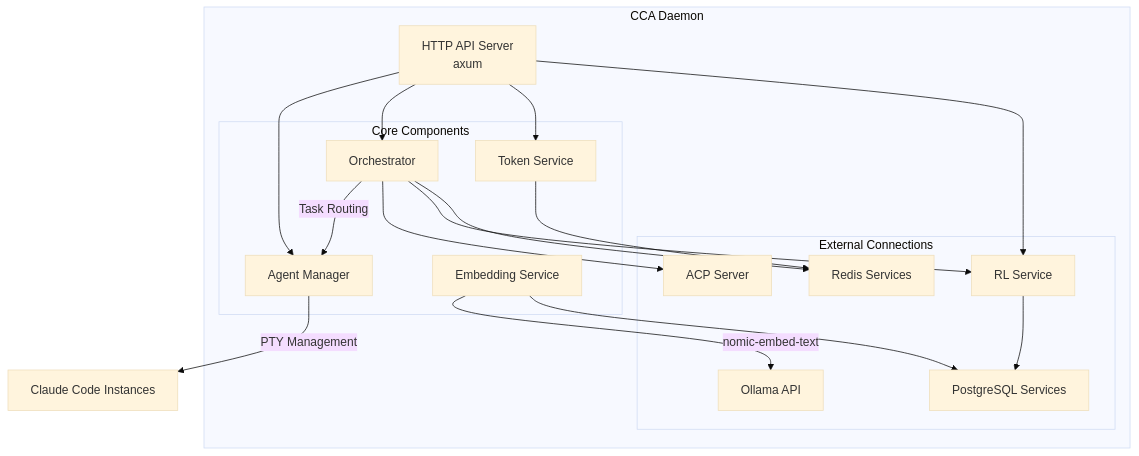
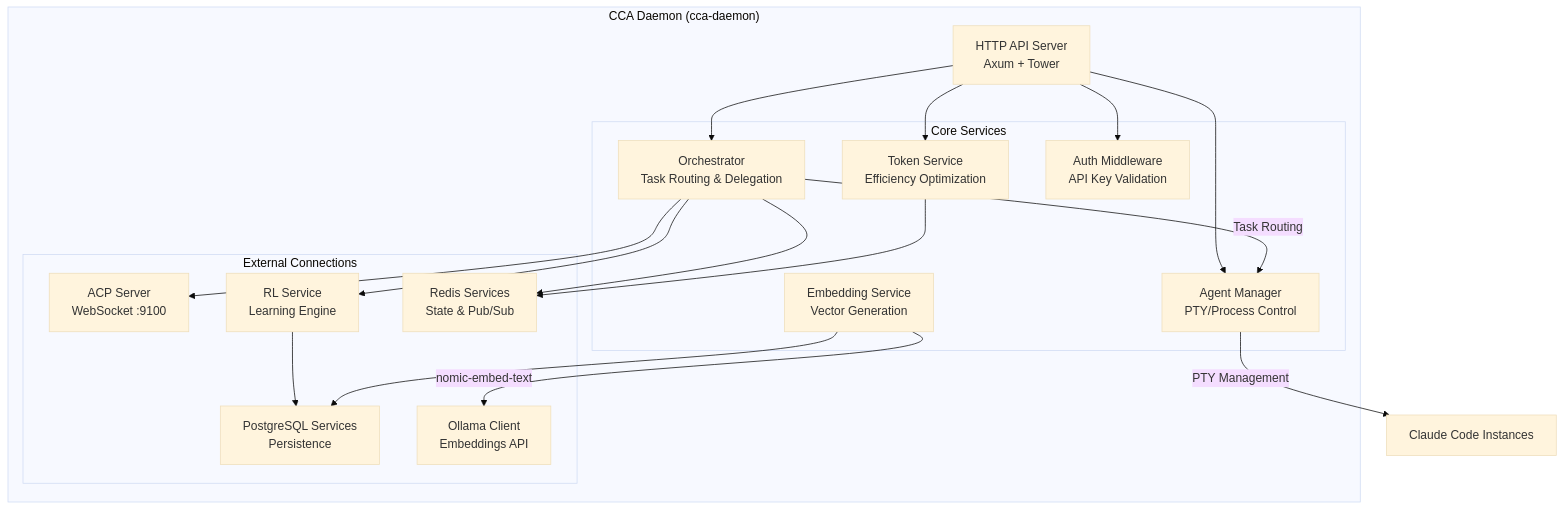
One commit to mjhcompany/cca changed the third of 19 diagrams in docs/architecture.md. Above: the diagram before and after it, drawn with Mermaid (base theme). The commit also changed other lines of this file and 43 other files, not shown here.

````diff
--- a/docs/architecture.md
+++ b/docs/architecture.md
@@ -67,37 +161,38 @@
 ```mermaid
 graph TB
-    subgraph "CCA Daemon"
-        HTTP[HTTP API Server<br/>axum]
+    subgraph "CCA Daemon (cca-daemon)"
+        HTTP[HTTP API Server<br/>Axum + Tower]
 
-        subgraph "Core Components"
-            AM[Agent Manager]
-            Orch[Orchestrator]
-            TS[Token Service]
-            ES[Embedding Service]
+        subgraph "Core Services"
+            AM[Agent Manager<br/>PTY/Process Control]
+            Orch[Orchestrator<br/>Task Routing & Delegation]
+            TS[Token Service<br/>Efficiency Optimization]
+            ES[Embedding Service<br/>Vector Generation]
+            Auth[Auth Middleware<br/>API Key Validation]
         end
 
         subgraph "External Connections"
-            ACP[ACP Server]
-            RLS[RL Service]
-            REDIS[Redis Services]
-            PGS[PostgreSQL Services]
-            OLL[Ollama API]
+            ACPS[ACP Server<br/>WebSocket :9100]
+            RLS[RL Service<br/>Learning Engine]
+            RDS[Redis Services<br/>State & Pub/Sub]
+            PGS[PostgreSQL Services<br/>Persistence]
+            OLL[Ollama Client<br/>Embeddings API]
         end
     end
 
     HTTP --> AM
     HTTP --> Orch
     HTTP --> TS
-    HTTP --> RLS
+    HTTP --> Auth
 
     AM -->|PTY Management| Agents[Claude Code Instances]
     Orch -->|Task Routing| AM
-    Orch --> ACP
+    Orch --> ACPS
     Orch --> RLS
-    Orch --> REDIS
+    Orch --> RDS
 
-    TS --> REDIS
+    TS --> RDS
     RLS --> PGS
     ES -->|nomic-embed-text| OLL
     ES --> PGS
 ```
````
